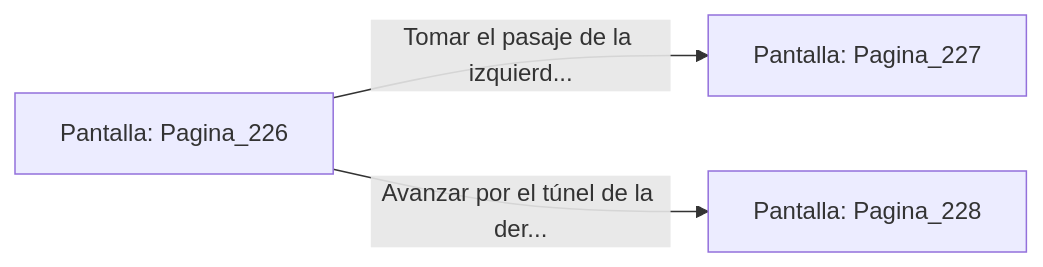
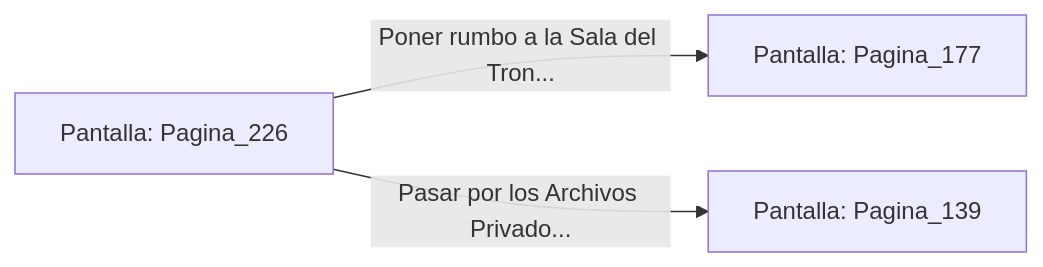
Before and after one commit to metsuke/mpl: the diagram in sample/eligejuego-vault/Pantalla_Pagina_226.md, drawn with Mermaid. The commit also changed other lines of this file and 635 other files, not shown here.

First line of the commit message:
fix: añadir Pagina_1 como pantalla inicial en capitulo_01.mpl

````diff
--- a/sample/eligejuego-vault/Pantalla_Pagina_226.md
+++ b/sample/eligejuego-vault/Pantalla_Pagina_226.md
@@ -20,6 +22,6 @@
 ```mermaid
 graph LR
     P_Pagina_226["Pantalla: Pagina_226"]
-    P_Pagina_226 -->|"Tomar el pasaje de la izquierd..."| P_Pagina_227["Pantalla: Pagina_227"]
-    P_Pagina_226 -->|"Avanzar por el túnel de la der..."| P_Pagina_228["Pantalla: Pagina_228"]
+    P_Pagina_226 -->|"Poner rumbo a la Sala del Tron..."| P_Pagina_177["Pantalla: Pagina_177"]
+    P_Pagina_226 -->|"Pasar por los Archivos Privado..."| P_Pagina_139["Pantalla: Pagina_139"]
 ```
````
